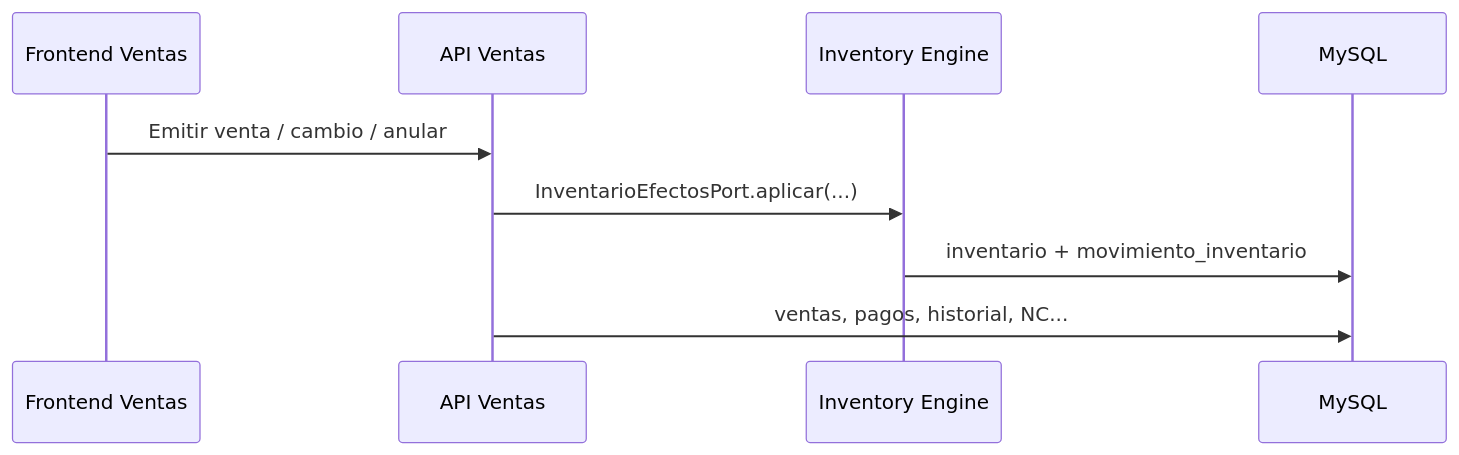
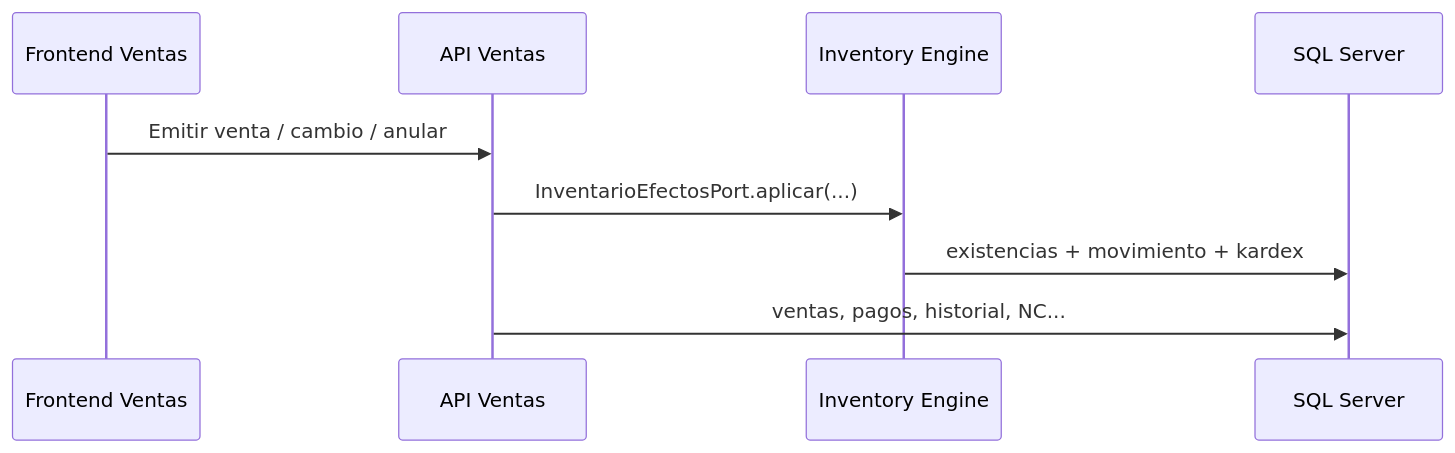
Before and after one commit to Xtina19/Integrador: the diagram in guia/02_arquitectura_general.md, drawn with Mermaid. The commit also changed other lines of this file and 704 other files, not shown here.

````diff
--- a/guia/02_arquitectura_general.md
+++ b/guia/02_arquitectura_general.md
@@ -57,12 +92,12 @@
 ```mermaid
 sequenceDiagram
   participant FE as Frontend Ventas
   participant V as API Ventas
   participant E as Inventory Engine
-  participant DB as MySQL
+  participant DB as SQL Server
 
   FE->>V: Emitir venta / cambio / anular
   V->>E: InventarioEfectosPort.aplicar(...)
-  E->>DB: inventario + movimiento_inventario
+  E->>DB: existencias + movimiento + kardex
   V->>DB: ventas, pagos, historial, NC...
 ```
````
